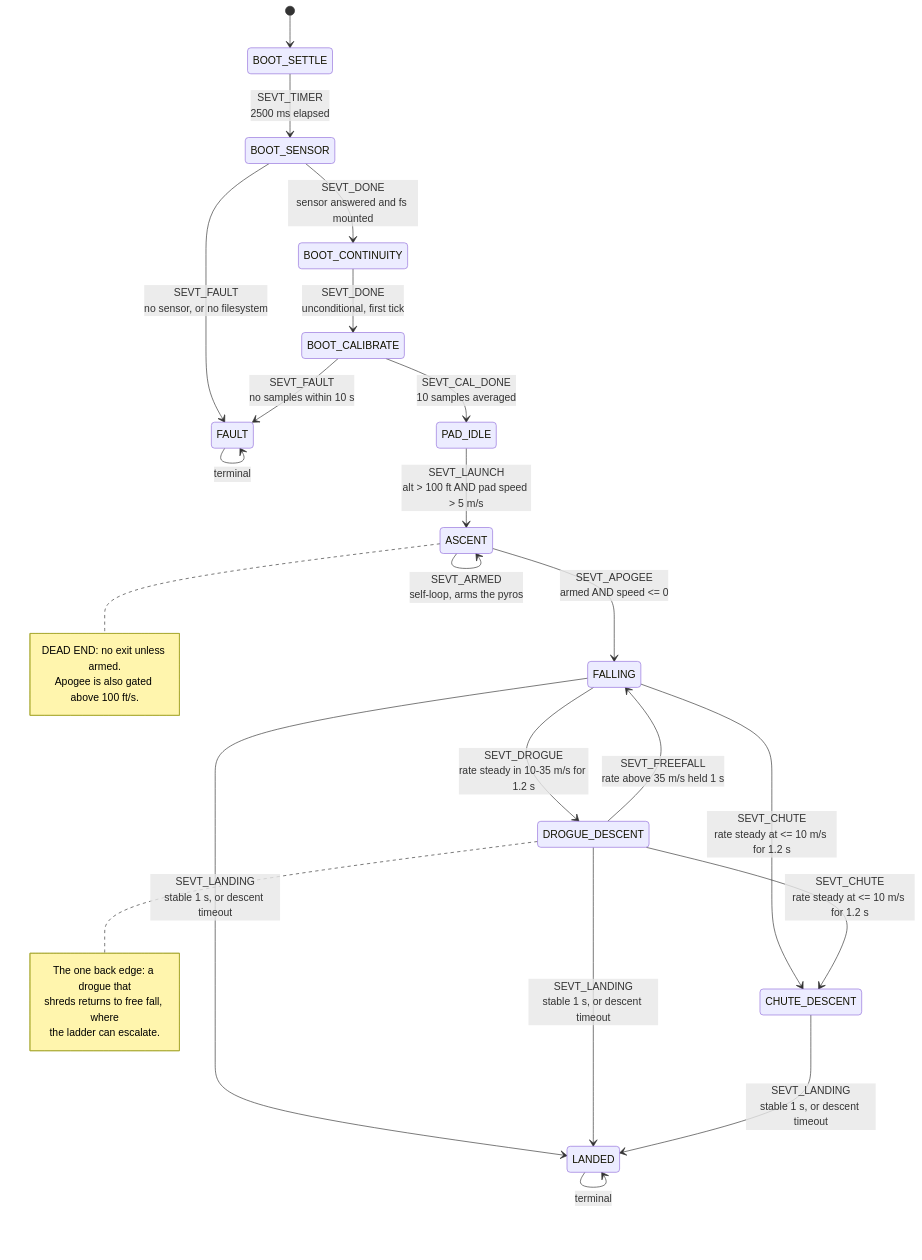
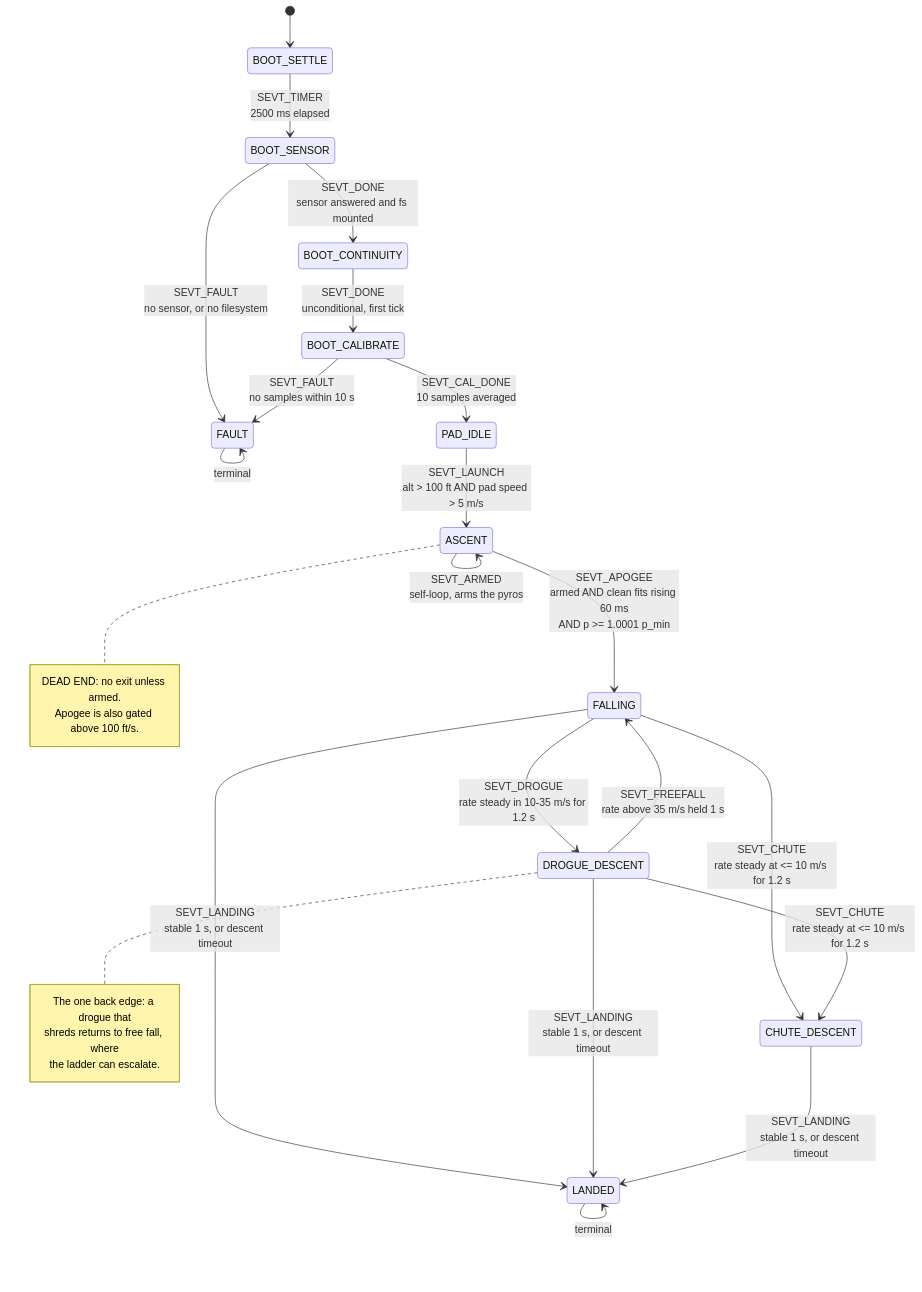
The diagram in docs/flight_states.md (n9wxu/pyro_fw), drawn with Mermaid before and after one commit. The commit also changed other lines of this file and 25 other files, not shown here.

````diff
--- a/docs/flight_states.md
+++ b/docs/flight_states.md
@@ -61,38 +61,38 @@
 ```mermaid
 stateDiagram-v2
     direction TB
     [*] --> BOOT_SETTLE
 
     BOOT_SETTLE --> BOOT_SENSOR: SEVT_TIMER<br/>2500 ms elapsed
     BOOT_SENSOR --> BOOT_CONTINUITY: SEVT_DONE<br/>sensor answered and fs mounted
     BOOT_SENSOR --> FAULT: SEVT_FAULT<br/>no sensor, or no filesystem
     BOOT_CONTINUITY --> BOOT_CALIBRATE: SEVT_DONE<br/>unconditional, first tick
     BOOT_CALIBRATE --> PAD_IDLE: SEVT_CAL_DONE<br/>10 samples averaged
     BOOT_CALIBRATE --> FAULT: SEVT_FAULT<br/>no samples within 10 s
 
     PAD_IDLE --> ASCENT: SEVT_LAUNCH<br/>alt > 100 ft AND pad speed > 5 m/s
     ASCENT --> ASCENT: SEVT_ARMED<br/>self-loop, arms the pyros
-    ASCENT --> FALLING: SEVT_APOGEE<br/>armed AND speed <= 0
+    ASCENT --> FALLING: SEVT_APOGEE<br/>armed AND clean fits rising 60 ms<br/>AND p >= 1.0001 p_min
 
     FALLING --> DROGUE_DESCENT: SEVT_DROGUE<br/>rate steady in 10-35 m/s for 1.2 s
     FALLING --> CHUTE_DESCENT: SEVT_CHUTE<br/>rate steady at <= 10 m/s for 1.2 s
     DROGUE_DESCENT --> CHUTE_DESCENT: SEVT_CHUTE<br/>rate steady at <= 10 m/s for 1.2 s
     DROGUE_DESCENT --> FALLING: SEVT_FREEFALL<br/>rate above 35 m/s held 1 s
 
     FALLING --> LANDED: SEVT_LANDING<br/>stable 1 s, or descent timeout
     DROGUE_DESCENT --> LANDED: SEVT_LANDING<br/>stable 1 s, or descent timeout
     CHUTE_DESCENT --> LANDED: SEVT_LANDING<br/>stable 1 s, or descent timeout
 
     FAULT --> FAULT: terminal
     LANDED --> LANDED: terminal
 
     note right of ASCENT
         DEAD END: no exit unless armed.
         Apogee is also gated above 100 ft/s.
     end note
     note right of DROGUE_DESCENT
         The one back edge: a drogue that
         shreds returns to free fall, where
         the ladder can escalate.
     end note
 ```
````
